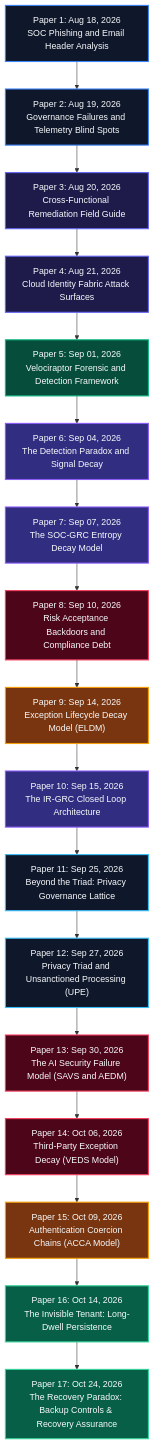
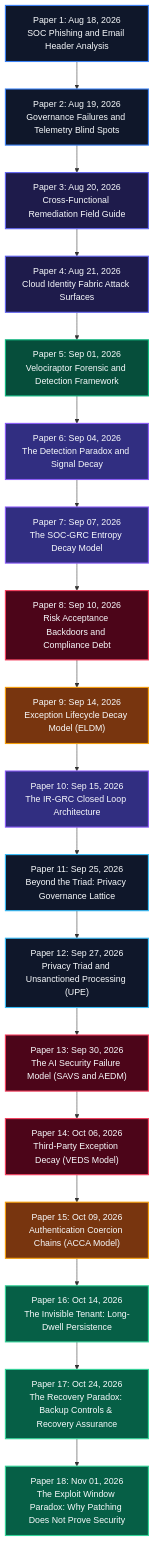
The first of 3 diagrams in README.md (hiro001-eth/What-I-Learned-Today-on-SOC-GRC-), drawn with Mermaid before and after one commit. The commit also changed other lines of this file and 1 other file, not shown here.

First line of the commit message:
Paper 18: The Exploit Window Paradox — Why Patching Does Not Prove Security

````diff
--- a/README.md
+++ b/README.md
@@ -44,41 +44,43 @@
 ```mermaid
 graph TD
     AUG18["Paper 1: Aug 18, 2026<br/>SOC Phishing and Email Header Analysis"] --> AUG19["Paper 2: Aug 19, 2026<br/>Governance Failures and Telemetry Blind Spots"]
     AUG19 --> AUG20["Paper 3: Aug 20, 2026<br/>Cross-Functional Remediation Field Guide"]
     AUG20 --> AUG21["Paper 4: Aug 21, 2026<br/>Cloud Identity Fabric Attack Surfaces"]
     AUG21 --> SEP01["Paper 5: Sep 01, 2026<br/>Velociraptor Forensic and Detection Framework"]
     SEP01 --> SEP04["Paper 6: Sep 04, 2026<br/>The Detection Paradox and Signal Decay"]
     SEP04 --> SEP07["Paper 7: Sep 07, 2026<br/>The SOC-GRC Entropy Decay Model"]
     SEP07 --> SEP10["Paper 8: Sep 10, 2026<br/>Risk Acceptance Backdoors and Compliance Debt"]
     SEP10 --> SEP14["Paper 9: Sep 14, 2026<br/>Exception Lifecycle Decay Model (ELDM)"]
     SEP14 --> SEP15["Paper 10: Sep 15, 2026<br/>The IR-GRC Closed Loop Architecture"]
     SEP15 --> SEP25["Paper 11: Sep 25, 2026<br/>Beyond the Triad: Privacy Governance Lattice"]
     SEP25 --> SEP27["Paper 12: Sep 27, 2026<br/>Privacy Triad and Unsanctioned Processing (UPE)"]
     SEP27 --> SEP30["Paper 13: Sep 30, 2026<br/>The AI Security Failure Model (SAVS and AEDM)"]
     SEP30 --> OCT06["Paper 14: Oct 06, 2026<br/>Third-Party Exception Decay (VEDS Model)"]
     OCT06 --> OCT09["Paper 15: Oct 09, 2026<br/>Authentication Coercion Chains (ACCA Model)"]
     OCT09 --> OCT14["Paper 16: Oct 14, 2026<br/>The Invisible Tenant: Long-Dwell Persistence"]
     OCT14 --> OCT24["Paper 17: Oct 24, 2026<br/>The Recovery Paradox: Backup Controls & Recovery Assurance"]
+    OCT24 --> NOV01["Paper 18: Nov 01, 2026<br/>The Exploit Window Paradox: Why Patching Does Not Prove Security"]
 
     classDef foundation fill:#0F172A,stroke:#3B82F6,color:#F8FAFC,stroke-width:2px;
     classDef telemetry fill:#1E1B4B,stroke:#6366F1,color:#F8FAFC,stroke-width:2px;
     classDef forensics fill:#064E3B,stroke:#10B981,color:#F8FAFC,stroke-width:2px;
     classDef theoretical fill:#312E81,stroke:#8B5CF6,color:#F8FAFC,stroke-width:2px;
     classDef critical fill:#4C0519,stroke:#F43F5E,color:#F8FAFC,stroke-width:2px;
     classDef breakthrough fill:#78350F,stroke:#F59E0B,color:#F8FAFC,stroke-width:2px;
     classDef privacy fill:#0F172A,stroke:#38BDF8,color:#F8FAFC,stroke-width:2px;
     classDef latest fill:#065F46,stroke:#34D399,color:#F8FAFC,stroke-width:2px;
 
     class AUG18,AUG19 foundation;
     class AUG20,AUG21 telemetry;
     class SEP01 forensics;
     class SEP04,SEP07 theoretical;
     class SEP10 critical;
     class SEP14 breakthrough;
     class SEP15 theoretical;
     class SEP25,SEP27 privacy;
     class SEP30,OCT06 critical;
     class OCT09 breakthrough;
     class OCT14 latest;
     class OCT24 latest;
+    class NOV01 latest;
 ```
````
